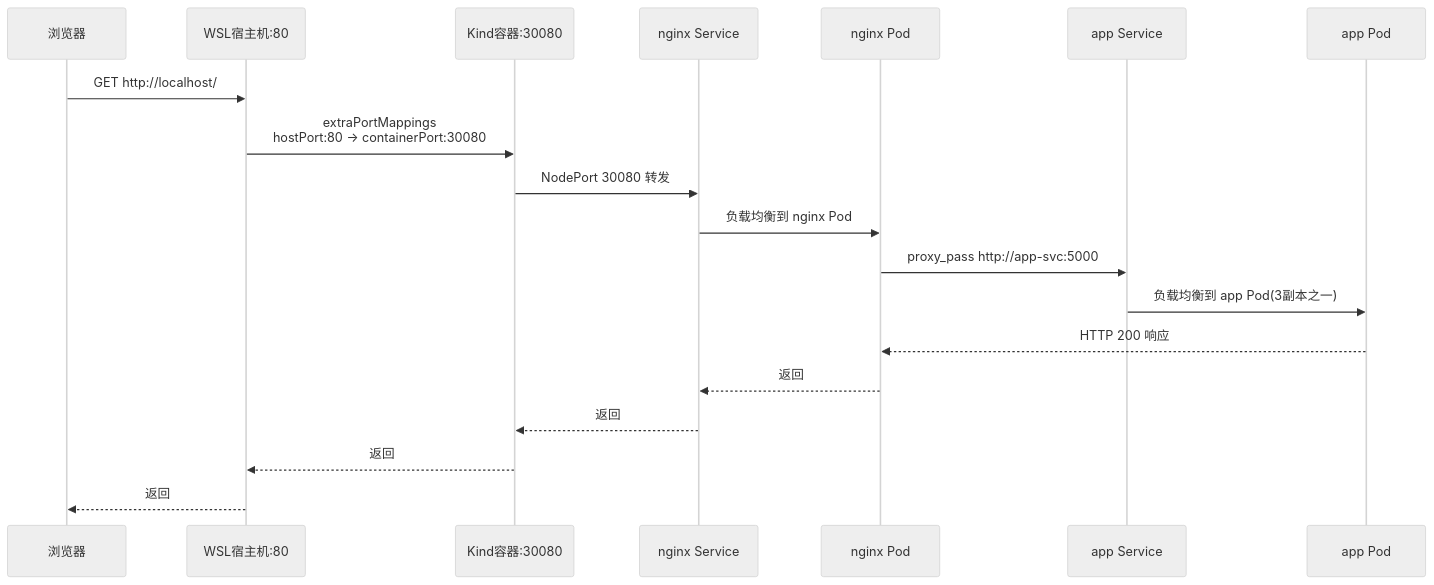
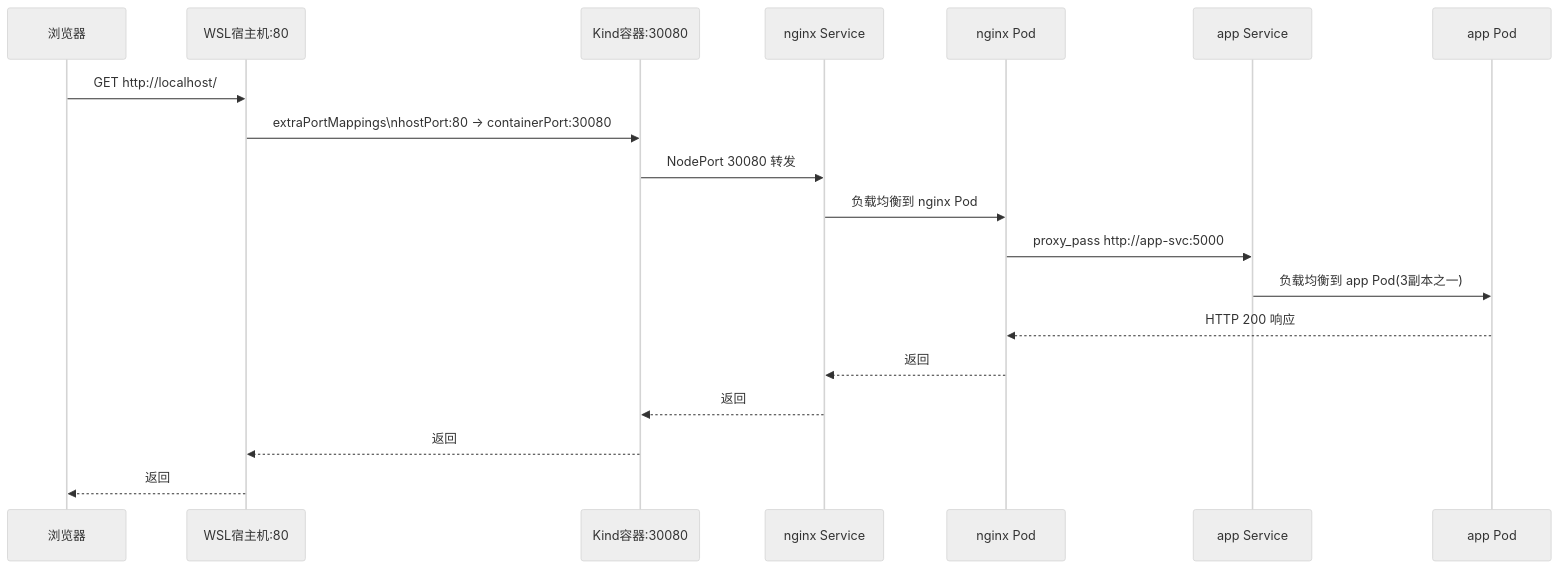
The ninth of 12 diagrams in content/posts/kubernetes/KindWslMigration.md (yaocat55/yaocat55.github.io), drawn with Mermaid (neutral theme) before and after one commit. The commit also changed other lines of this file and 155 other files, not shown here.

````diff
--- a/content/posts/kubernetes/KindWslMigration.md
+++ b/content/posts/kubernetes/KindWslMigration.md
@@ -1223,25 +1223,25 @@
 ```mermaid
 sequenceDiagram
     %% ==========================================
     %% 样式定义
     %% ==========================================
     participant B as 浏览器
     participant H as WSL宿主机:80
     participant K as Kind容器:30080
     participant NS as nginx Service
     participant NP as nginx Pod
     participant AS as app Service
     participant AP as app Pod
 
     B->>H: GET http://localhost/
-    H->>K: extraPortMappings<br/>hostPort:80 → containerPort:30080
+    H->>K: extraPortMappings\nhostPort:80 → containerPort:30080
     K->>NS: NodePort 30080 转发
     NS->>NP: 负载均衡到 nginx Pod
     NP->>AS: proxy_pass http://app-svc:5000
     AS->>AP: 负载均衡到 app Pod(3副本之一)
     AP-->>NP: HTTP 200 响应
     NP-->>NS: 返回
     NS-->>K: 返回
     K-->>H: 返回
     H-->>B: 返回
 ```
````
